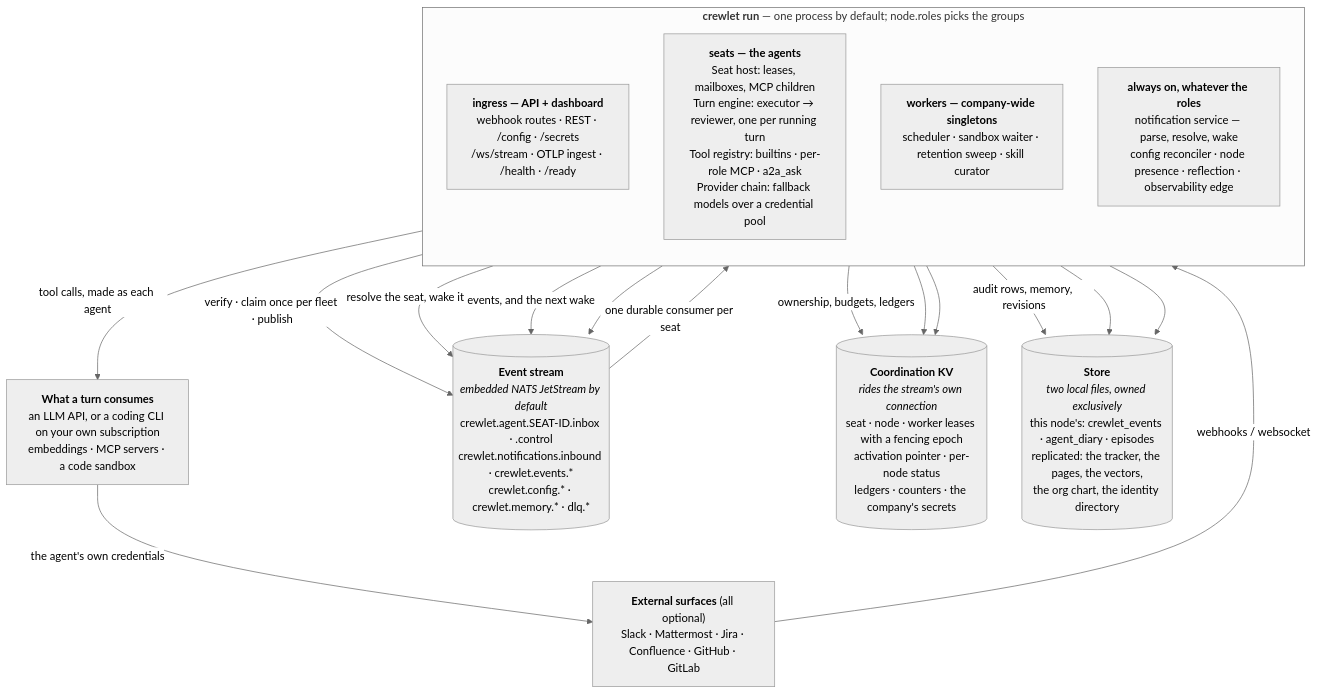
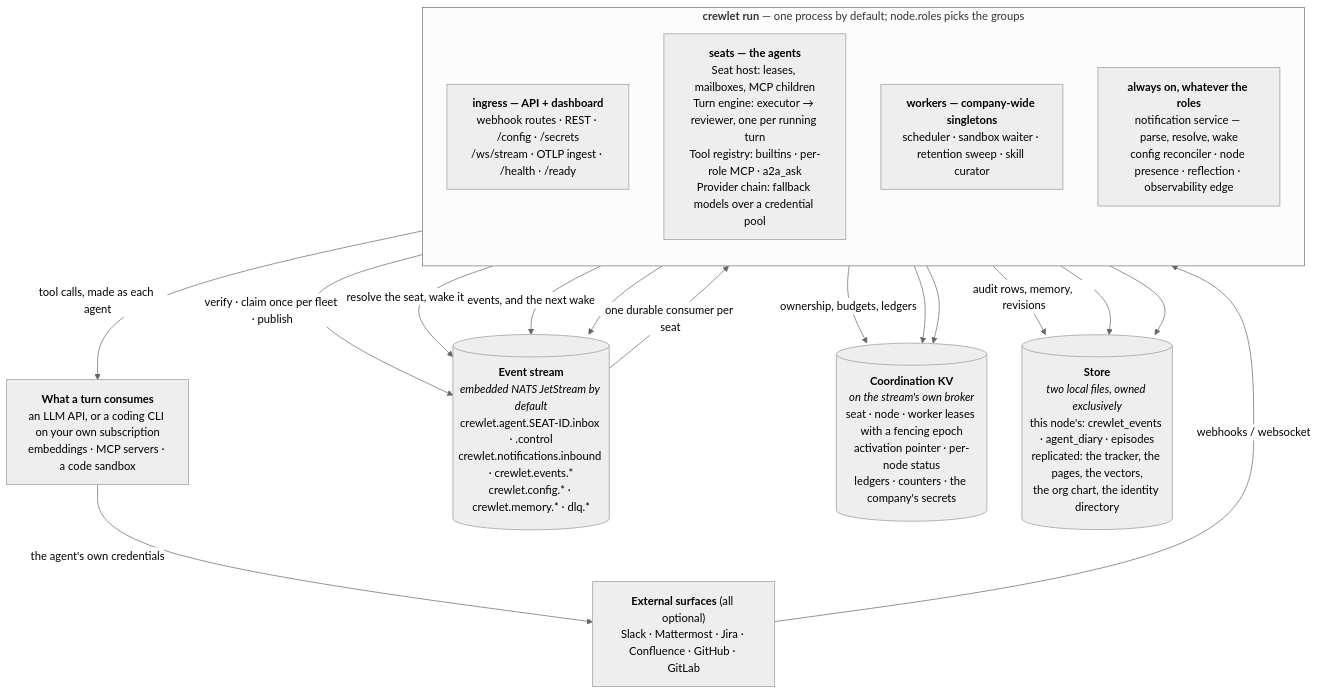
One commit to crewlet/crewlet changed the diagram in docs/concepts/overview.md. Above: the diagram before and after it, drawn with Mermaid (neutral theme). The commit also changed other lines of this file and 20 other files, not shown here.

````diff
--- a/docs/concepts/overview.md
+++ b/docs/concepts/overview.md
@@ -56,32 +56,32 @@
 ```mermaid
 flowchart TB
     EXT["<b>External surfaces</b> (all optional)<br/>Slack · Mattermost · Jira · Confluence · GitHub · GitLab"]
     SUPPLY["<b>What a turn consumes</b><br/>an LLM API, or a coding CLI on your own subscription<br/>embeddings · MCP servers · a code sandbox"]
 
     subgraph proc["<b>crewlet run</b> — one process by default; node.roles picks the groups"]
         direction TB
         API["<b>ingress — API + dashboard</b><br/>webhook routes · REST · /config · /secrets<br/>/ws/stream · OTLP ingest · /health · /ready"]
         SEAT["<b>seats — the agents</b><br/>Seat host: leases, mailboxes, MCP children<br/>Turn engine: executor → reviewer, one per running turn<br/>Tool registry: builtins · per-role MCP · a2a_ask<br/>Provider chain: fallback models over a credential pool"]
         DUTY["<b>workers — company-wide singletons</b><br/>scheduler · sandbox waiter · retention sweep · skill curator"]
         CORE["<b>always on, whatever the roles</b><br/>notification service — parse, resolve, wake<br/>config reconciler · node presence · reflection · observability edge"]
     end
 
     STREAM[("<b>Event stream</b><br/><i>embedded NATS JetStream by default</i><br/>crewlet.agent.SEAT-ID.inbox · .control<br/>crewlet.notifications.inbound · crewlet.events.*<br/>crewlet.config.* · crewlet.memory.* · dlq.*")]
-    KV[("<b>Coordination KV</b><br/><i>rides the stream's own connection</i><br/>seat · node · worker leases with a fencing epoch<br/>activation pointer · per-node status<br/>ledgers · counters · the company's secrets")]
+    KV[("<b>Coordination KV</b><br/><i>on the stream's own broker</i><br/>seat · node · worker leases with a fencing epoch<br/>activation pointer · per-node status<br/>ledgers · counters · the company's secrets")]
     DB[("<b>Store</b><br/><i>two local files, owned exclusively</i><br/>this node's: crewlet_events · agent_diary · episodes<br/>replicated: the tracker, the pages, the vectors,<br/>the org chart, the identity directory")]
 
     EXT -->|"webhooks / websocket"| API
     API -->|"verify · claim once per fleet · publish"| STREAM
     CORE -->|"resolve the seat, wake it"| STREAM
     STREAM -->|"one durable consumer per seat"| SEAT
     SEAT -->|"tool calls, made as each agent"| SUPPLY
     SUPPLY -->|"the agent's own credentials"| EXT
     SEAT -->|"events, and the next wake"| STREAM
     DUTY --> STREAM
     SEAT -->|"ownership, budgets, ledgers"| KV
     CORE --> KV
     DUTY --> KV
     SEAT -->|"audit rows, memory, revisions"| DB
     CORE --> DB
     API --> DB
 ```
````
